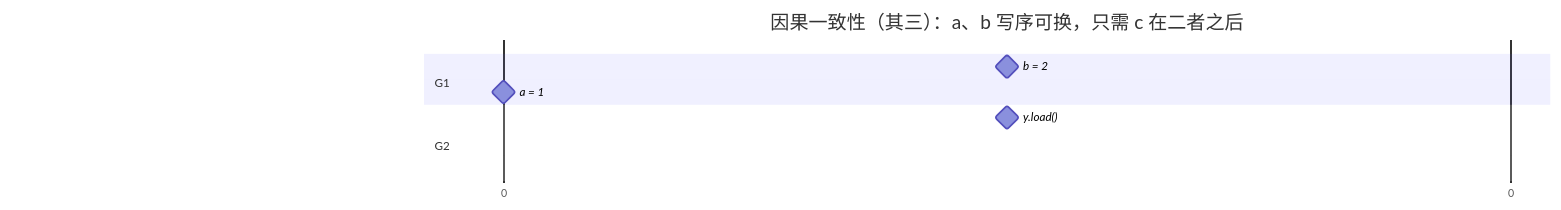
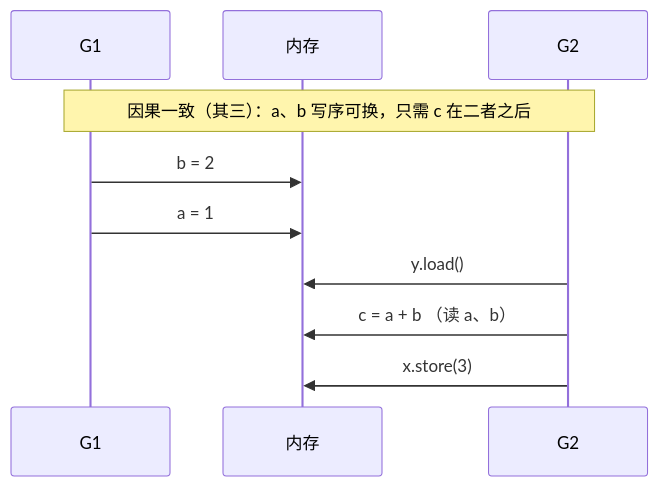
Before and after one commit to golang-design/under-the-hood: the seventh of 11 diagrams in book/zh-cn/part1basic/ch05sync/mem.md, drawn with Mermaid. The commit also changed other lines of this file and 1 other file, not shown here.

First line of the commit message:
book: replace gantt timing diagrams with sequence diagrams

````diff
--- a/book/zh-cn/part1basic/ch05sync/mem.md
+++ b/book/zh-cn/part1basic/ch05sync/mem.md
@@ -184,13 +179,12 @@
 ```mermaid
-gantt
-    title 因果一致性（其三）：a、b 写序可换，只需 c 在二者之后
-    dateFormat X
-    axisFormat %s
-    section G1
-    b = 2 :milestone, 1, 0
-    a = 1 :milestone, 2, 0
-    section G2
-    y.load()   :milestone, 1, 0
-    c = a + b  :milestone, 4, 0
-    x.store(3) :milestone, 5, 0
+sequenceDiagram
+    participant G1
+    participant M as 内存
+    participant G2
+    Note over G1,G2: 因果一致（其三）：a、b 写序可换，只需 c 在二者之后
+    G1->>M: b = 2
+    G1->>M: a = 1
+    G2->>M: y.load()
+    G2->>M: c = a + b （读 a、b）
+    G2->>M: x.store(3)
 ```
````
